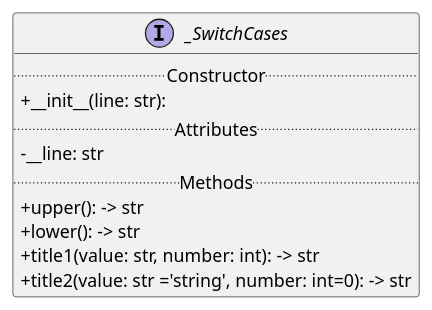
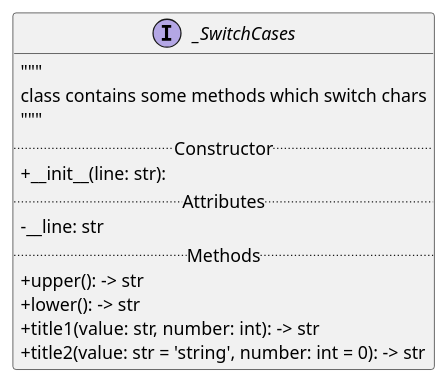
The diagram in mvp_02_uml_to_py/uml_class_for_test.puml (future-username/Learn_Python), drawn with PlantUML before and after one commit. The commit also changed 4 other files, not shown here.

```diff
--- a/mvp_02_uml_to_py/uml_class_for_test.puml
+++ b/mvp_02_uml_to_py/uml_class_for_test.puml
@@ -1,15 +1,18 @@
 @startuml
 skinparam classAttributeIconSize 0
 
 interface _SwitchCases {
+    """
+    class contains some methods which switch chars
+    """
     .. Constructor ..
     +__init__(line: str):
     .. Attributes ..
     -__line: str
     .. Methods ..
     +upper(): -> str
     +lower(): -> str
     +title1(value: str, number: int): -> str
-    +title2(value: str ='string', number: int=0): -> str
+    +title2(value: str = 'string', number: int = 0): -> str
 }
 @enduml
```
